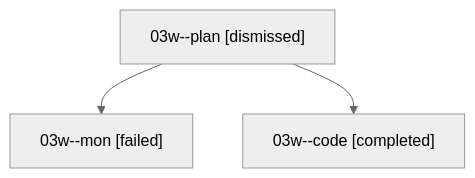
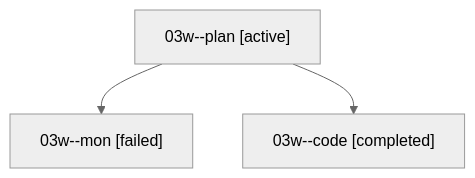
One commit to sase-org/sase--agents changed the diagram in families/bbugyi200.athena.03w.md. Above: the diagram before and after it, drawn with Mermaid (neutral theme). The commit also changed other lines of this file and 35830 other files, not shown here.

````diff
--- a/families/bbugyi200.athena.03w.md
+++ b/families/bbugyi200.athena.03w.md
@@ -9,8 +9,8 @@
 ```mermaid
 flowchart TD
-  n0["03w--plan [dismissed]"]
+  n0["03w--plan [active]"]
   n1["03w--mon [failed]"]
   n0 --> n1
   n2["03w--code [completed]"]
   n0 --> n2
 ```
````
